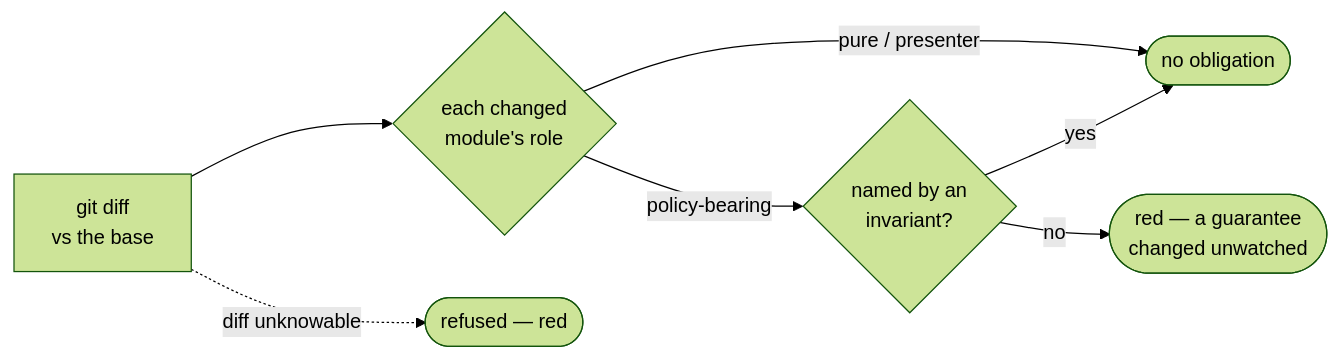
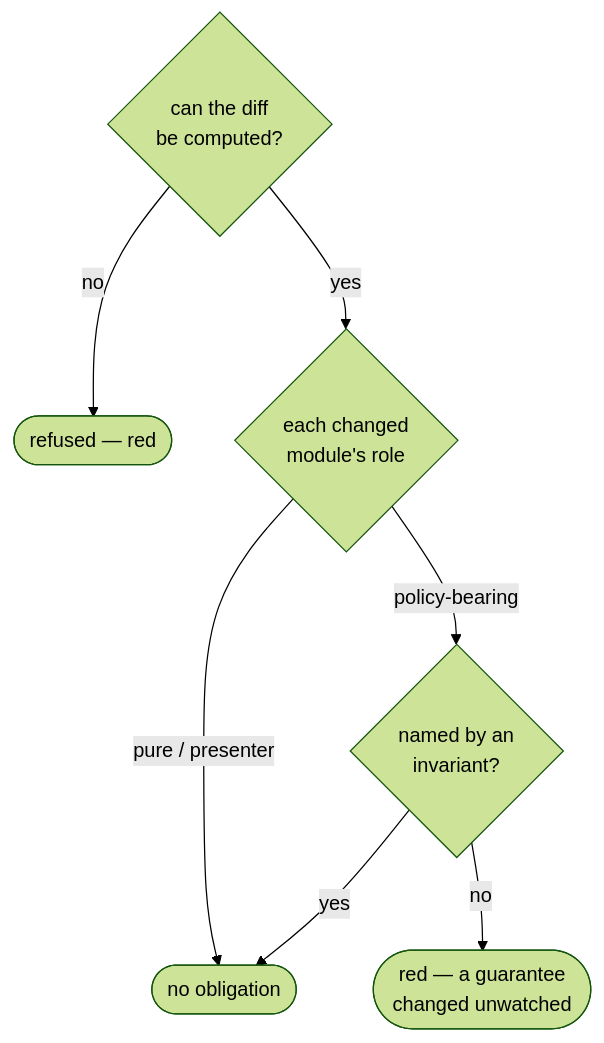
One commit to clintecker/celebrimbor changed the second of 2 diagrams in docs/gate/ledgers.md. Above: the diagram before and after it, drawn with Mermaid (forest theme). The commit also changed 11 other files, not shown here.

````diff
--- a/docs/gate/ledgers.md
+++ b/docs/gate/ledgers.md
@@ -92,9 +92,9 @@
 ```mermaid
-flowchart LR
-    D["git diff<br/>vs the base"] --> M{"each changed<br/>module's role"}
+flowchart TD
+    D{"can the diff<br/>be computed?"} -->|"no"| REF([refused — red])
+    D -->|yes| M{"each changed<br/>module's role"}
     M -->|"pure / presenter"| OK([no obligation])
     M -->|"policy-bearing"| I{"named by an<br/>invariant?"}
     I -->|yes| OK
     I -->|no| RED(["red — a guarantee<br/>changed unwatched"])
-    D -.->|"diff unknowable"| REF([refused — red])
 ```
````
